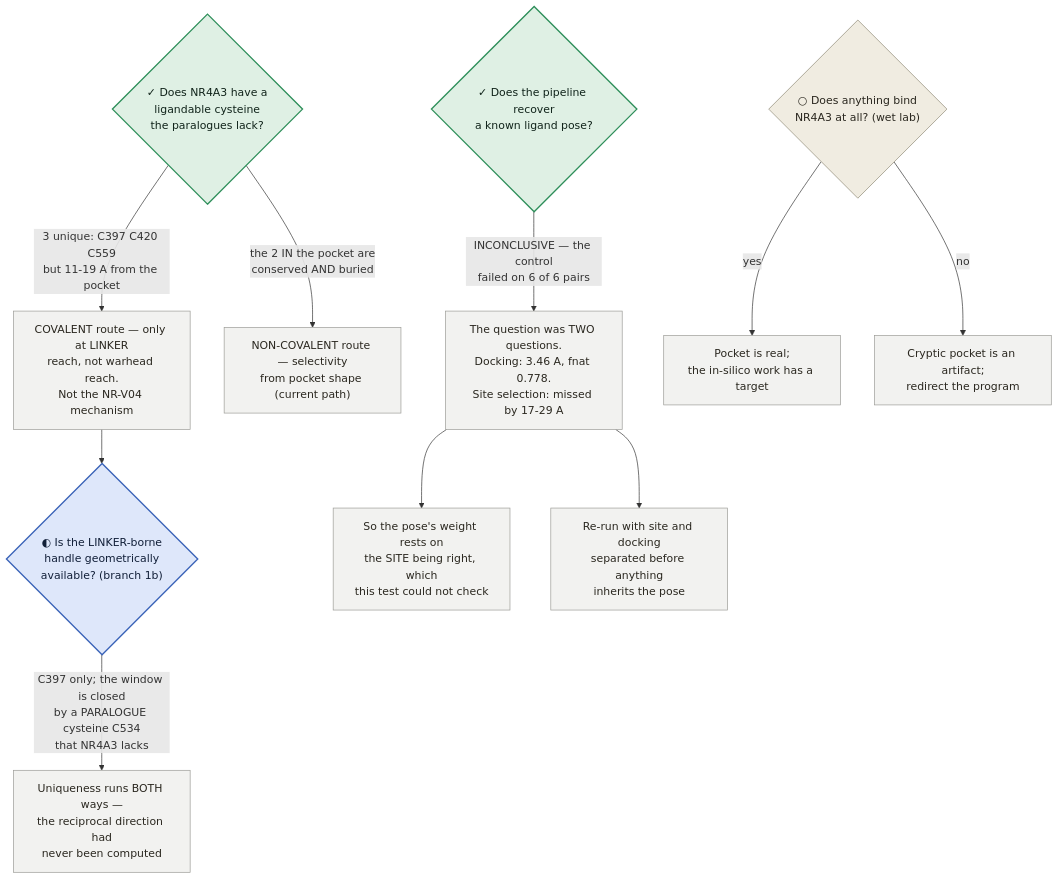
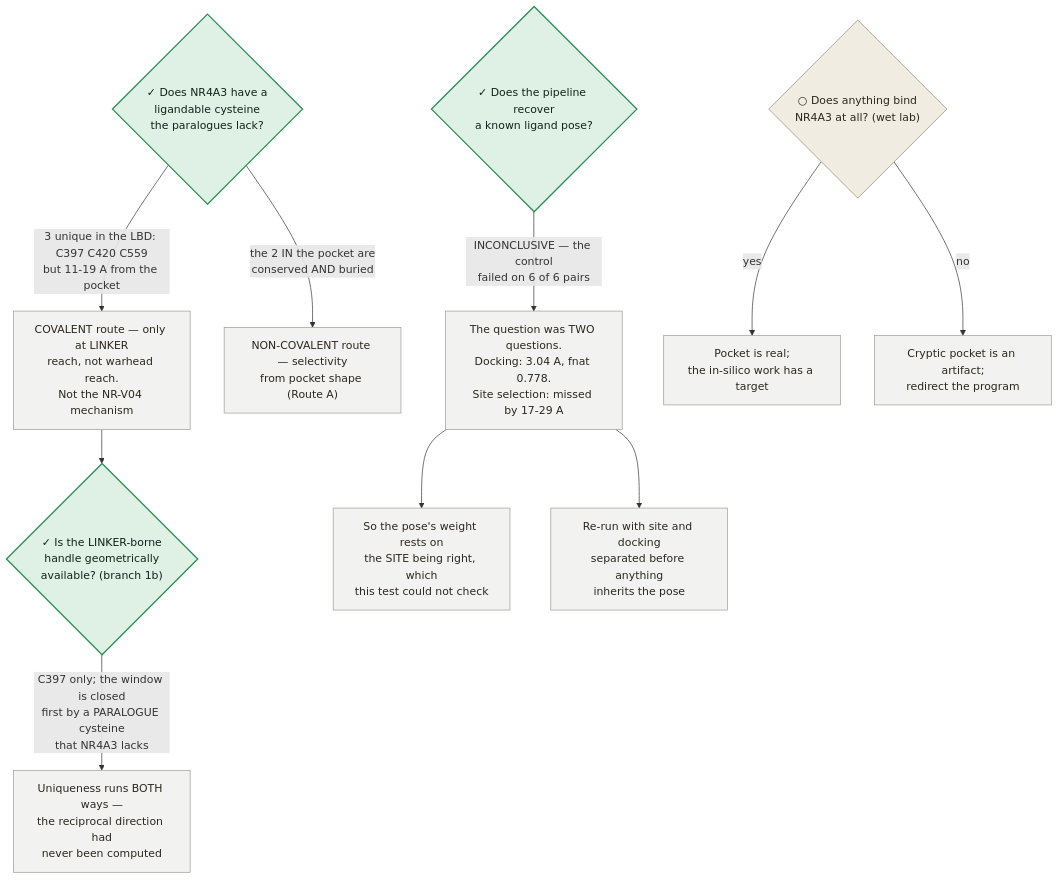
Before and after one commit to trimcrae/Rare-cancers: the second of 3 diagrams in research/manuscripts/nr4a3-program-map.md, drawn with Mermaid. The commit also changed other lines of this file and 2 other files, not shown here.

First line of the commit message:
roadmap: merge STRATEGY.md into the program map as one steerable document

````diff
--- a/research/manuscripts/nr4a3-program-map.md
+++ b/research/manuscripts/nr4a3-program-map.md
@@ -463,27 +790,26 @@
 ```mermaid
 graph TD
   Q1{"✓ Does NR4A3 have a<br/>ligandable cysteine<br/>the paralogues lack?"}
-  Q1 -->|"3 unique: C397 C420 C559<br/>but 11-19 A from the pocket"| COV["COVALENT route — only at LINKER<br/>reach, not warhead reach.<br/>Not the NR-V04 mechanism"]
-  COV --> Q1B{"◐ Is the LINKER-borne<br/>handle geometrically<br/>available? (branch 1b)"}
-  Q1B -->|"C397 only; the window is closed<br/>by a PARALOGUE cysteine C534<br/>that NR4A3 lacks"| COVX["Uniqueness runs BOTH ways —<br/>the reciprocal direction had<br/>never been computed"]
-  Q1 -->|"the 2 IN the pocket are<br/>conserved AND buried"| NONCOV["NON-COVALENT route — selectivity<br/>from pocket shape (current path)"]
+  Q1 -->|"3 unique in the LBD: C397 C420 C559<br/>but 11-19 A from the pocket"| COV["COVALENT route — only at LINKER<br/>reach, not warhead reach.<br/>Not the NR-V04 mechanism"]
+  COV --> Q1B{"✓ Is the LINKER-borne<br/>handle geometrically<br/>available? (branch 1b)"}
+  Q1B -->|"C397 only; the window is closed<br/>first by a PARALOGUE cysteine<br/>that NR4A3 lacks"| COVX["Uniqueness runs BOTH ways —<br/>the reciprocal direction had<br/>never been computed"]
+  Q1 -->|"the 2 IN the pocket are<br/>conserved AND buried"| NONCOV["NON-COVALENT route — selectivity<br/>from pocket shape (Route A)"]
   Q2{"✓ Does the pipeline recover<br/>a known ligand pose?"}
-  Q2 -->|"INCONCLUSIVE — the control<br/>failed on 6 of 6 pairs"| SPLIT["The question was TWO questions.<br/>Docking: 3.46 A, fnat 0.778.<br/>Site selection: missed by 17-29 A"]
+  Q2 -->|"INCONCLUSIVE — the control<br/>failed on 6 of 6 pairs"| SPLIT["The question was TWO questions.<br/>Docking: 3.04 A, fnat 0.778.<br/>Site selection: missed by 17-29 A"]
   SPLIT --> ANCHOR["So the pose's weight rests on<br/>the SITE being right, which<br/>this test could not check"]
   SPLIT --> STOP["Re-run with site and docking<br/>separated before anything<br/>inherits the pose"]
   Q3{"○ Does anything bind<br/>NR4A3 at all? (wet lab)"}
   Q3 -->|yes| GO["Pocket is real;<br/>the in-silico work has a target"]
   Q3 -->|no| REDIR["Cryptic pocket is an artifact;<br/>redirect the program"]
 
   classDef done fill:#dff0e4,stroke:#2f8f5b,stroke-width:2px,color:#10231a;
   classDef work fill:#dee7fa,stroke:#3a63b8,stroke-width:2px,color:#111f38;
   classDef next fill:#f0ece1,stroke:#8d8674,stroke-width:1px,color:#2a271f;
   classDef parked fill:#ece3f6,stroke:#6f4a9b,stroke-width:2px,color:#1e1030,stroke-dasharray:2 3;
   classDef dead fill:#f7e6e0,stroke:#b1543a,stroke-width:2px,color:#2e150f,stroke-dasharray:5 3;
   classDef out fill:#f2f2f0,stroke:#9b9b96,stroke-width:1px,color:#2a271f;
 
-  class Q1,Q2 done;
-  class Q1B work;
+  class Q1,Q1B,Q2 done;
   class Q3 next;
   class COV,COVX,NONCOV,SPLIT,ANCHOR,STOP,GO,REDIR out;
 ```
````
